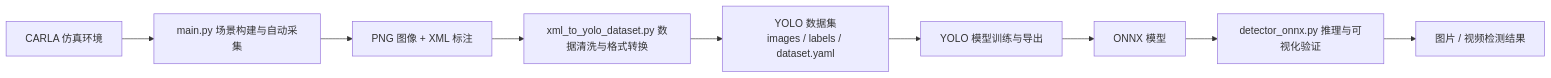
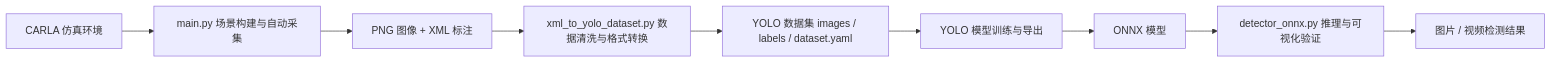
Before and after one commit to OpenHUTB/nn: the diagram in docs/traffic_sign_detection/traffic_sign_detection.md, drawn with Mermaid.

Commit message:
交通标志识别文档

````diff
--- a/docs/traffic_sign_detection/traffic_sign_detection.md
+++ b/docs/traffic_sign_detection/traffic_sign_detection.md
@@ -80,11 +80,11 @@
-```mermaid
+<div class="mermaid">
 flowchart LR
     A["CARLA 仿真环境"] --> B["main.py 场景构建与自动采集"]
     B --> C["PNG 图像 + XML 标注"]
     C --> D["xml_to_yolo_dataset.py 数据清洗与格式转换"]
-    D --> E["YOLO 数据集<br/>images / labels / dataset.yaml"]
+    D --> E["YOLO 数据集 images / labels / dataset.yaml"]
     E --> F["YOLO 模型训练与导出"]
     F --> G["ONNX 模型"]
     G --> H["detector_onnx.py 推理与可视化验证"]
     H --> I["图片 / 视频检测结果"]
-```
+</div>
````
